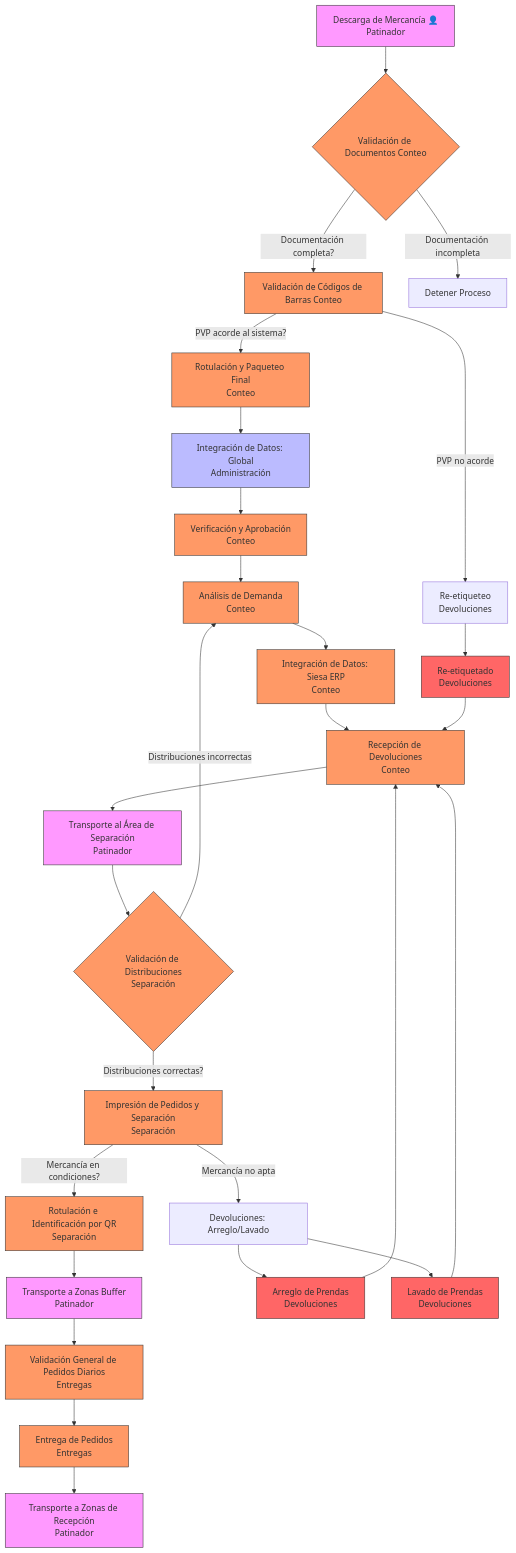
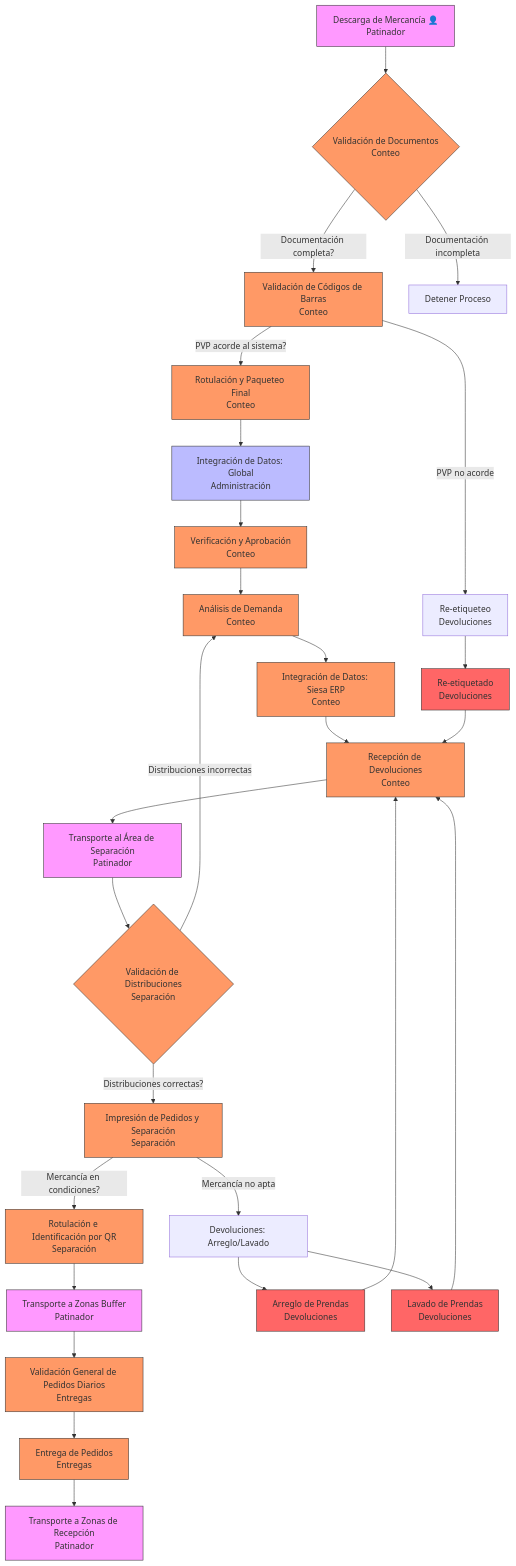
The diagram in leonardo/ingresos.mermaid (andres1-dev/one), drawn with Mermaid before and after one commit.

```diff
--- a/leonardo/ingresos.mermaid
+++ b/leonardo/ingresos.mermaid
@@ -1,58 +1,59 @@
 flowchart TD
     %% Proceso de Ingreso
-    A[Descarga de Mercancía 👤Patinador] --> B{Validación de Documentos Conteo}
-    B -->|Documentación completa?| C[Validación de Códigos de Barras Conteo]
+    A[Descarga de Mercancía 👤Patinador] --> B{Validación de Documentos<br>Conteo}
+    B -->|Documentación completa?| C[Validación de Códigos de Barras<br>Conteo]
     B -->|Documentación incompleta| D[Detener Proceso]
-    C -->|PVP acorde al sistema?| E[Rotulación y Paqueteo Final\nConteo]
-    C -->|PVP no acorde| F[Re-etiqueteo\nDevoluciones]
+    C -->|PVP acorde al sistema?| E[Rotulación y Paqueteo Final<br>Conteo]
+    C -->|PVP no acorde| F[Re-etiqueteo<br>Devoluciones]
 
     %% Proceso de Manejo
-    E --> G[Integración de Datos: Global\nAdministración]
-    G --> H[Verificación y Aprobación\nConteo]
-    H --> I[Análisis de Demanda\nConteo]
-    I --> J[Integración de Datos: Siesa ERP\nConteo]
-    J --> K[Recepción de Devoluciones\nConteo]
+    E --> G[Integración de Datos: Global<br>Administración]
+    G --> H[Verificación y Aprobación<br>Conteo]
+    H --> I[Análisis de Demanda<br>Conteo]
+    I --> J[Integración de Datos: Siesa ERP<br>Conteo]
+    J --> K[Recepción de Devoluciones<br>Conteo]
 
     %% Proceso de Separación
-    K --> L[Transporte al Área de Separación\nPatinador]
-    L --> M{Validación de Distribuciones\nSeparación}
-    M -->|Distribuciones correctas?| N[Impresión de Pedidos y Separación\nSeparación]
+    K --> L[Transporte al Área de Separación<br>Patinador]
+    L --> M{Validación de Distribuciones<br>Separación}
+    M -->|Distribuciones correctas?| N[Impresión de Pedidos y Separación<br>Separación]
     M -->|Distribuciones incorrectas| I
-    N -->|Mercancía en condiciones?| O[Rotulación e Identificación por QR\nSeparación]
+    N -->|Mercancía en condiciones?| O[Rotulación e Identificación por QR<br>Separación]
     N -->|Mercancía no apta| P[Devoluciones: Arreglo/Lavado]
-    O --> Q[Transporte a Zonas Buffer\nPatinador]
+    O --> Q[Transporte a Zonas Buffer<br>Patinador]
 
     %% Proceso de Entregas
-    Q --> R[Validación General de Pedidos Diarios\nEntregas]
-    R --> S[Entrega de Pedidos\nEntregas]
-    S --> T[Transporte a Zonas de Recepción\nPatinador]
+    Q --> R[Validación General de Pedidos Diarios<br>Entregas]
+    R --> S[Entrega de Pedidos<br>Entregas]
+    S --> T[Transporte a Zonas de Recepción<br>Patinador]
 
     %% Proceso de Devoluciones
-    F --> U[Re-etiquetado\nDevoluciones]
-    P --> V[Arreglo de Prendas\nDevoluciones]
-    P --> W[Lavado de Prendas\nDevoluciones]
+    F --> U[Re-etiquetado<br>Devoluciones]
+    P --> V[Arreglo de Prendas<br>Devoluciones]
+    P --> W[Lavado de Prendas<br>Devoluciones]
     U --> K
     V --> K
     W --> K
+
 
     %% Estilos
     style A fill:#f9f,stroke:#333
     style B fill:#f96,stroke:#333
     style C fill:#f96,stroke:#333
     style E fill:#f96,stroke:#333
     style G fill:#bbf,stroke:#333
     style H fill:#f96,stroke:#333
     style I fill:#f96,stroke:#333
     style J fill:#f96,stroke:#333
     style K fill:#f96,stroke:#333
     style L fill:#f9f,stroke:#333
     style M fill:#f96,stroke:#333
     style N fill:#f96,stroke:#333
     style O fill:#f96,stroke:#333
     style Q fill:#f9f,stroke:#333
     style R fill:#f96,stroke:#333
     style S fill:#f96,stroke:#333
     style T fill:#f9f,stroke:#333
     style U fill:#f66,stroke:#333
     style V fill:#f66,stroke:#333
     style W fill:#f66,stroke:#333
```
